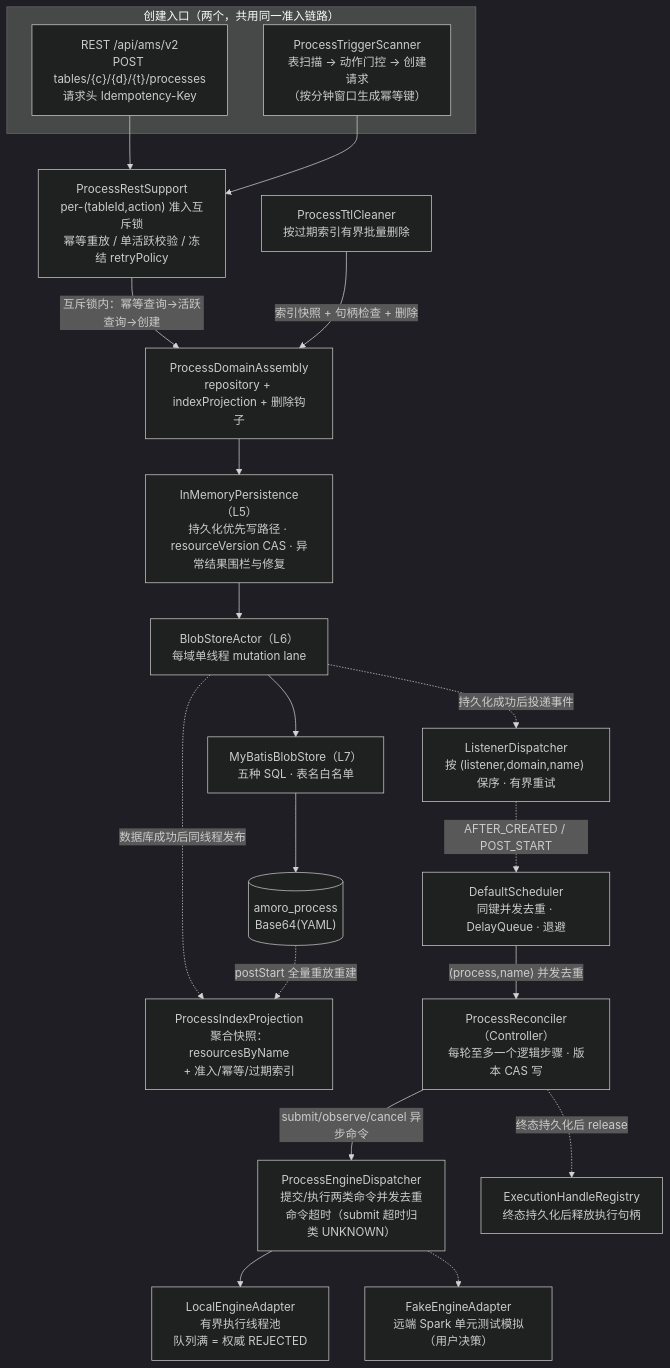
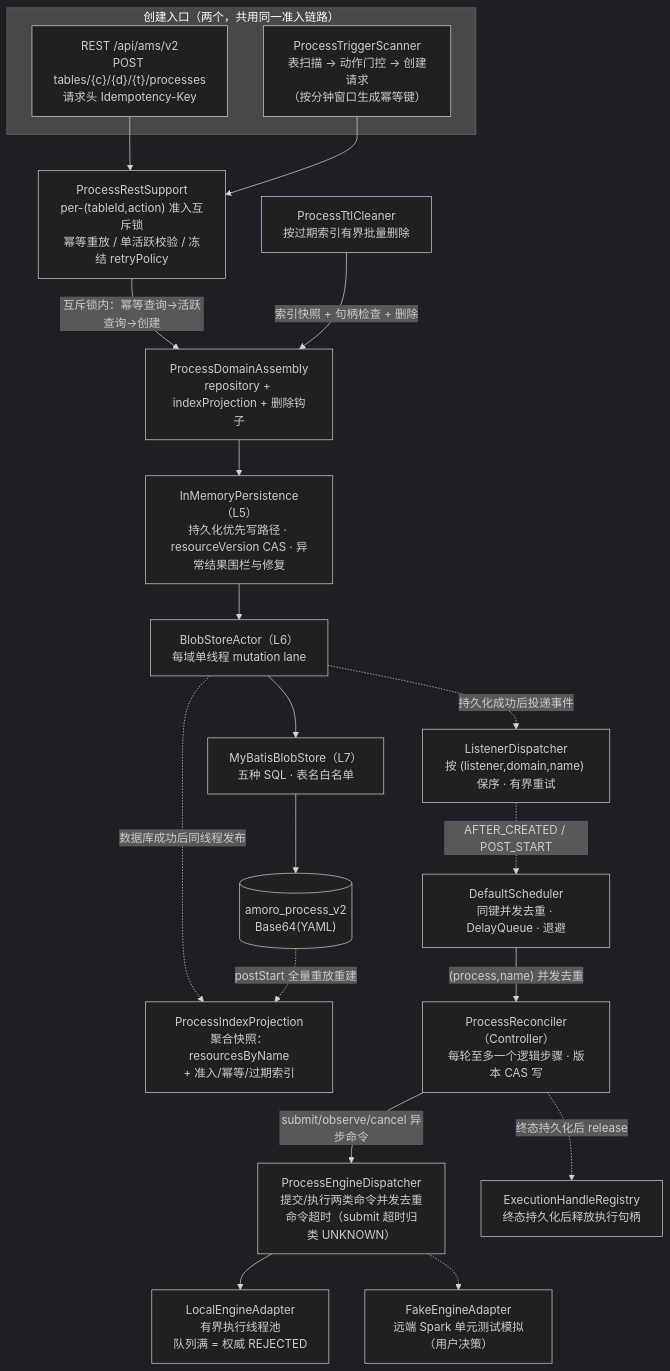
Before and after one commit to GlacioData/amoro: the first of 6 diagrams in tasks/process-lifecycle-runbook.md, drawn with Mermaid (dark theme). The commit also changed other lines of this file and 13 other files, not shown here.

First line of the commit message:
[ams-v2][review-fixes] 五维度定向审查修复：引擎注册表 + 生产自动调度装配 + 单表 amoro_process_v2

````diff
--- a/tasks/process-lifecycle-runbook.md
+++ b/tasks/process-lifecycle-runbook.md
@@ -34,36 +34,36 @@
 ```mermaid
 flowchart TB
     subgraph Entry["创建入口（两个，共用同一准入链路）"]
         REST["REST /api/ams/v2<br/>POST tables/{c}/{d}/{t}/processes<br/>请求头 Idempotency-Key"]
         SCAN["ProcessTriggerScanner<br/>表扫描 → 动作门控 → 创建请求<br/>（按分钟窗口生成幂等键）"]
     end
     SUPPORT["ProcessRestSupport<br/>per-(tableId,action) 准入互斥锁<br/>幂等重放 / 单活跃校验 / 冻结 retryPolicy"]
     ASM["ProcessDomainAssembly<br/>repository + indexProjection + 删除钩子"]
     PERSIST["InMemoryPersistence（L5）<br/>持久化优先写路径 · resourceVersion CAS · 异常结果围栏与修复"]
     LANE["BlobStoreActor（L6）<br/>每域单线程 mutation lane"]
     BLOB["MyBatisBlobStore（L7）<br/>五种 SQL · 表名白名单"]
-    DB[("amoro_process<br/>Base64(YAML)")]
+    DB[("amoro_process_v2<br/>Base64(YAML)")]
     IDX["ProcessIndexProjection<br/>聚合快照：resourcesByName<br/>+ 准入/幂等/过期索引"]
     LD["ListenerDispatcher<br/>按 (listener,domain,name) 保序 · 有界重试"]
     SCHED["DefaultScheduler<br/>同键并发去重 · DelayQueue · 退避"]
     CTRL["ProcessReconciler（Controller）<br/>每轮至多一个逻辑步骤 · 版本 CAS 写"]
     DISP["ProcessEngineDispatcher<br/>提交/执行两类命令并发去重<br/>命令超时（submit 超时归类 UNKNOWN）"]
     LOCAL["LocalEngineAdapter<br/>有界执行线程池<br/>队列满 = 权威 REJECTED"]
     FAKE["FakeEngineAdapter<br/>远端 Spark 单元测试模拟（用户决策）"]
     TTL["ProcessTtlCleaner<br/>按过期索引有界批量删除"]
     REG["ExecutionHandleRegistry<br/>终态持久化后释放执行句柄"]
 
     REST --> SUPPORT
     SCAN --> SUPPORT
     SUPPORT -->|"互斥锁内：幂等查询→活跃查询→创建"| ASM
     ASM --> PERSIST --> LANE --> BLOB --> DB
     LANE -.->|"数据库成功后同线程发布"| IDX
     LANE -.->|"持久化成功后投递事件"| LD
     LD -.->|"AFTER_CREATED / POST_START"| SCHED
     SCHED -->|"(process,name) 并发去重"| CTRL
     CTRL -->|"submit/observe/cancel 异步命令"| DISP --> LOCAL
     DISP -.-> FAKE
     CTRL -.->|"终态持久化后 release"| REG
     TTL -->|"索引快照 + 句柄检查 + 删除"| ASM
     DB -.->|"postStart 全量重放重建"| IDX
 ```
````
